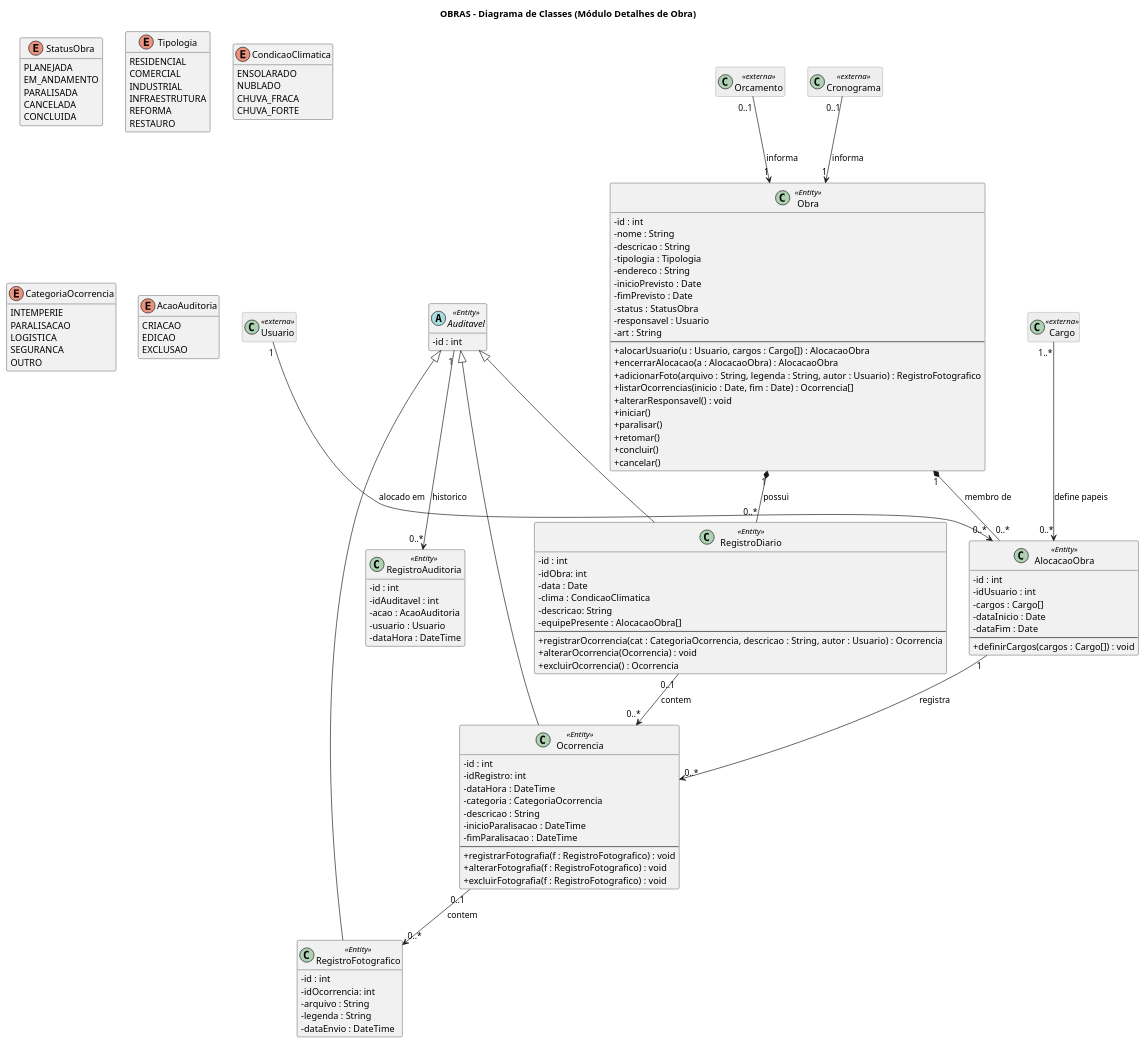
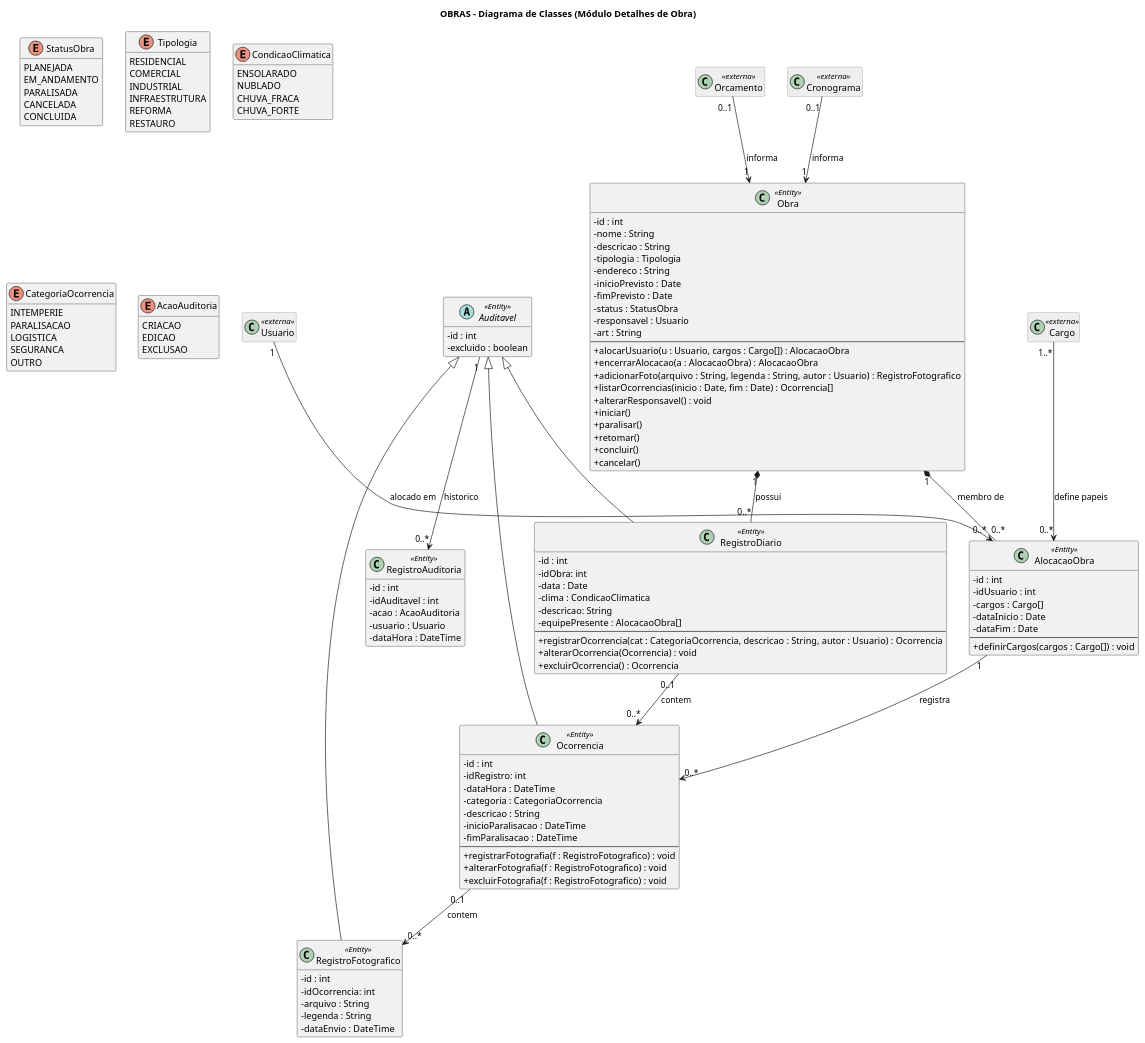
One commit to bernardoanobrega/oBRAS changed the diagram in detalhe-de-obra/class-diagram.puml. Above: the diagram before and after it, drawn with PlantUML. The commit also changed 2 other files, not shown here.

Commit message:
docs: change class diagram, add activity diagram of registrodiario

```diff
--- a/detalhe-de-obra/class-diagram.puml
+++ b/detalhe-de-obra/class-diagram.puml
@@ -1,152 +1,153 @@
 @startuml class-diagram
 title OBRAS - Diagrama de Classes (Módulo Detalhes de Obra)
 
 skinparam classAttributeIconSize 0
 skinparam ClassFontSize 14
 skinparam classBackgroundColor<<externa>> #EEEEEE
 skinparam classBorderColor<<externa>> #888888
 hide empty members
 
 ' ===== CLASSES EXTERNAS =====
 class Usuario <<externa>>
 class Cargo <<externa>>
 class Orcamento <<externa>>
 class Cronograma <<externa>>
 
 ' ===== NÚCLEO =====
 class Obra <<Entity>> {
   -id : int
   -nome : String
   -descricao : String
   -tipologia : Tipologia
   -endereco : String
   -inicioPrevisto : Date
   -fimPrevisto : Date
   -status : StatusObra
   -responsavel : Usuario
   -art : String
   --
   +alocarUsuario(u : Usuario, cargos : Cargo[]) : AlocacaoObra
   +encerrarAlocacao(a : AlocacaoObra) : AlocacaoObra
   +adicionarFoto(arquivo : String, legenda : String, autor : Usuario) : RegistroFotografico
   +listarOcorrencias(inicio : Date, fim : Date) : Ocorrencia[]
   +alterarResponsavel() : void
   +iniciar()
   +paralisar()
   +retomar()
   +concluir()
   +cancelar()
 }
 
 class AlocacaoObra <<Entity>> {
   -id : int
   -idUsuario : int
   -cargos : Cargo[]
   -dataInicio : Date
   -dataFim : Date
   --
   +definirCargos(cargos : Cargo[]) : void
 }
 
 abstract class Auditavel <<Entity>> {
   -id : int
+  -excluido : boolean
 }
 
 class RegistroDiario <<Entity>> {
   -id : int
   -idObra: int
   -data : Date
   -clima : CondicaoClimatica
   -descricao: String
   -equipePresente : AlocacaoObra[]
   --
   +registrarOcorrencia(cat : CategoriaOcorrencia, descricao : String, autor : Usuario) : Ocorrencia
   +alterarOcorrencia(Ocorrencia) : void
   +excluirOcorrencia() : Ocorrencia
 }
 
 class Ocorrencia <<Entity>> {
   -id : int
   -idRegistro: int
   -dataHora : DateTime
   -categoria : CategoriaOcorrencia
   -descricao : String
   -inicioParalisacao : DateTime
   -fimParalisacao : DateTime
   --
   +registrarFotografia(f : RegistroFotografico) : void
   +alterarFotografia(f : RegistroFotografico) : void
   +excluirFotografia(f : RegistroFotografico) : void
 }
 
 class RegistroAuditoria <<Entity>> {
   -id : int
   -idAuditavel : int
   -acao : AcaoAuditoria
   -usuario : Usuario
   -dataHora : DateTime
 }
 
 class RegistroFotografico <<Entity>> {
   -id : int
   -idOcorrencia: int
   -arquivo : String
   -legenda : String
   -dataEnvio : DateTime
 }
 
 ' ===== ENUMERAÇÕES =====
 enum StatusObra {
   PLANEJADA
   EM_ANDAMENTO
   PARALISADA
   CANCELADA
   CONCLUIDA
 }
 
 enum Tipologia {
   RESIDENCIAL
   COMERCIAL
   INDUSTRIAL
   INFRAESTRUTURA
   REFORMA
   RESTAURO
 }
 
 enum CondicaoClimatica {
   ENSOLARADO
   NUBLADO
   CHUVA_FRACA
   CHUVA_FORTE
 }
 
 enum CategoriaOcorrencia {
   INTEMPERIE
   PARALISACAO
   LOGISTICA
   SEGURANCA
   OUTRO
 }
 
 enum AcaoAuditoria {
   CRIACAO
   EDICAO
   EXCLUSAO
 }
 
 ' ===== RELAÇÕES =====
 RegistroDiario "0..1" --> "0..*" Ocorrencia : contem
 Ocorrencia "0..1" --> "0..*" RegistroFotografico : contem
 AlocacaoObra "1" --> "0..*" Ocorrencia : registra
 Usuario "1" --> "0..*" AlocacaoObra : alocado em
 Cargo "1..*" --> "0..*" AlocacaoObra : define papeis
 Obra "1" *-- "0..*" AlocacaoObra : membro de
 Orcamento "0..1" --> "1" Obra : informa
 Cronograma "0..1" --> "1" Obra : informa
 Obra "1" *-- "0..*" RegistroDiario : possui
 Auditavel "1" --> "0..*" RegistroAuditoria : historico
 Auditavel <|-- Ocorrencia
 Auditavel <|-- RegistroDiario
 Auditavel <|-- RegistroFotografico
 
 @enduml
```
